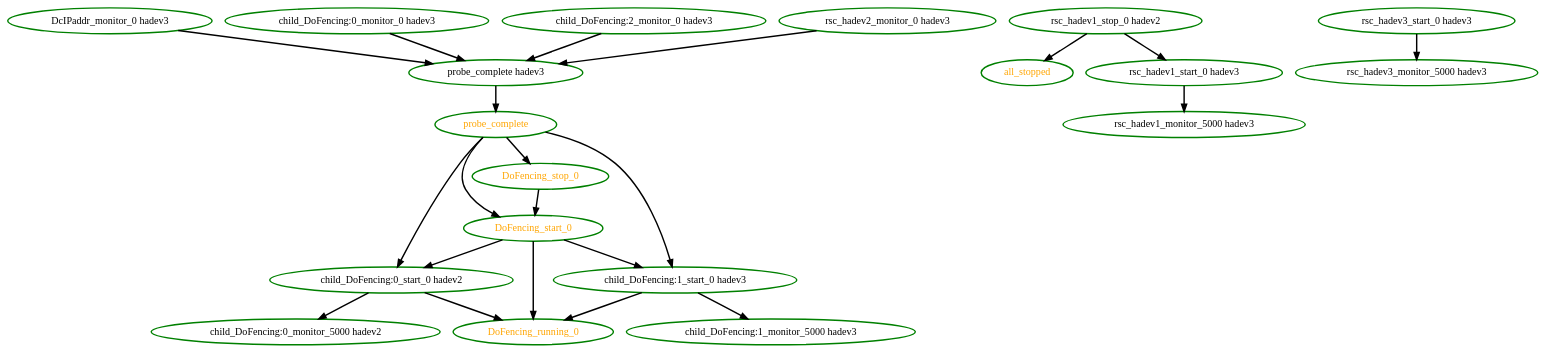
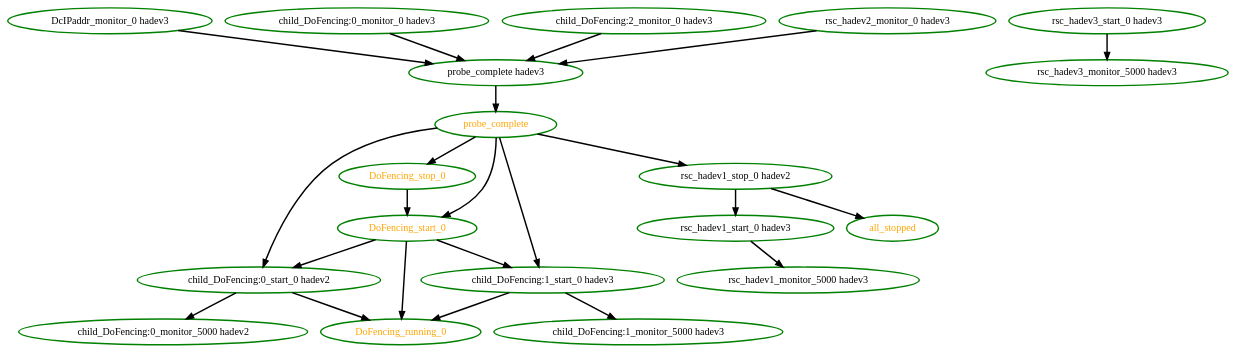
The diagram in pengine/test10/735.dot (linux-ha-japan/pm_diskd), drawn with Graphviz before and after one commit. The commit also changed 22 other files, not shown here.

```diff
--- a/pengine/test10/735.dot
+++ b/pengine/test10/735.dot
@@ -1,42 +1,43 @@
  digraph "g" {
 "DcIPaddr_monitor_0 hadev3" -> "probe_complete hadev3" [ style = bold]
 "DcIPaddr_monitor_0 hadev3" [ style=bold color="green" fontcolor="black" ]
 "DoFencing_running_0" [ style=bold color="green" fontcolor="orange" ]
 "DoFencing_start_0" -> "DoFencing_running_0" [ style = bold]
 "DoFencing_start_0" -> "child_DoFencing:0_start_0 hadev2" [ style = bold]
 "DoFencing_start_0" -> "child_DoFencing:1_start_0 hadev3" [ style = bold]
 "DoFencing_start_0" [ style=bold color="green" fontcolor="orange" ]
 "DoFencing_stop_0" -> "DoFencing_start_0" [ style = bold]
 "DoFencing_stop_0" [ style=bold color="green" fontcolor="orange"  ]
 "all_stopped" [ style=bold color="green" fontcolor="orange"  ]
 "child_DoFencing:0_monitor_0 hadev3" -> "probe_complete hadev3" [ style = bold]
 "child_DoFencing:0_monitor_0 hadev3" [ style=bold color="green" fontcolor="black" ]
 "child_DoFencing:0_monitor_5000 hadev2" [ style=bold color="green" fontcolor="black" ]
 "child_DoFencing:0_start_0 hadev2" -> "DoFencing_running_0" [ style = bold]
 "child_DoFencing:0_start_0 hadev2" -> "child_DoFencing:0_monitor_5000 hadev2" [ style = bold]
 "child_DoFencing:0_start_0 hadev2" [ style=bold color="green" fontcolor="black" ]
 "child_DoFencing:1_monitor_5000 hadev3" [ style=bold color="green" fontcolor="black" ]
 "child_DoFencing:1_start_0 hadev3" -> "DoFencing_running_0" [ style = bold]
 "child_DoFencing:1_start_0 hadev3" -> "child_DoFencing:1_monitor_5000 hadev3" [ style = bold]
 "child_DoFencing:1_start_0 hadev3" [ style=bold color="green" fontcolor="black" ]
 "child_DoFencing:2_monitor_0 hadev3" -> "probe_complete hadev3" [ style = bold]
 "child_DoFencing:2_monitor_0 hadev3" [ style=bold color="green" fontcolor="black" ]
 "probe_complete hadev3" -> "probe_complete" [ style = bold]
 "probe_complete hadev3" [ style=bold color="green" fontcolor="black" ]
 "probe_complete" -> "DoFencing_start_0" [ style = bold]
 "probe_complete" -> "DoFencing_stop_0" [ style = bold]
 "probe_complete" -> "child_DoFencing:0_start_0 hadev2" [ style = bold]
 "probe_complete" -> "child_DoFencing:1_start_0 hadev3" [ style = bold]
+"probe_complete" -> "rsc_hadev1_stop_0 hadev2" [ style = bold]
 "probe_complete" [ style=bold color="green" fontcolor="orange" ]
 "rsc_hadev1_monitor_5000 hadev3" [ style=bold color="green" fontcolor="black" ]
 "rsc_hadev1_start_0 hadev3" -> "rsc_hadev1_monitor_5000 hadev3" [ style = bold]
 "rsc_hadev1_start_0 hadev3" [ style=bold color="green" fontcolor="black" ]
 "rsc_hadev1_stop_0 hadev2" -> "all_stopped" [ style = bold]
 "rsc_hadev1_stop_0 hadev2" -> "rsc_hadev1_start_0 hadev3" [ style = bold]
 "rsc_hadev1_stop_0 hadev2" [ style=bold color="green" fontcolor="black" ]
 "rsc_hadev2_monitor_0 hadev3" -> "probe_complete hadev3" [ style = bold]
 "rsc_hadev2_monitor_0 hadev3" [ style=bold color="green" fontcolor="black" ]
 "rsc_hadev3_monitor_5000 hadev3" [ style=bold color="green" fontcolor="black" ]
 "rsc_hadev3_start_0 hadev3" -> "rsc_hadev3_monitor_5000 hadev3" [ style = bold]
 "rsc_hadev3_start_0 hadev3" [ style=bold color="green" fontcolor="black" ]
 }
```
